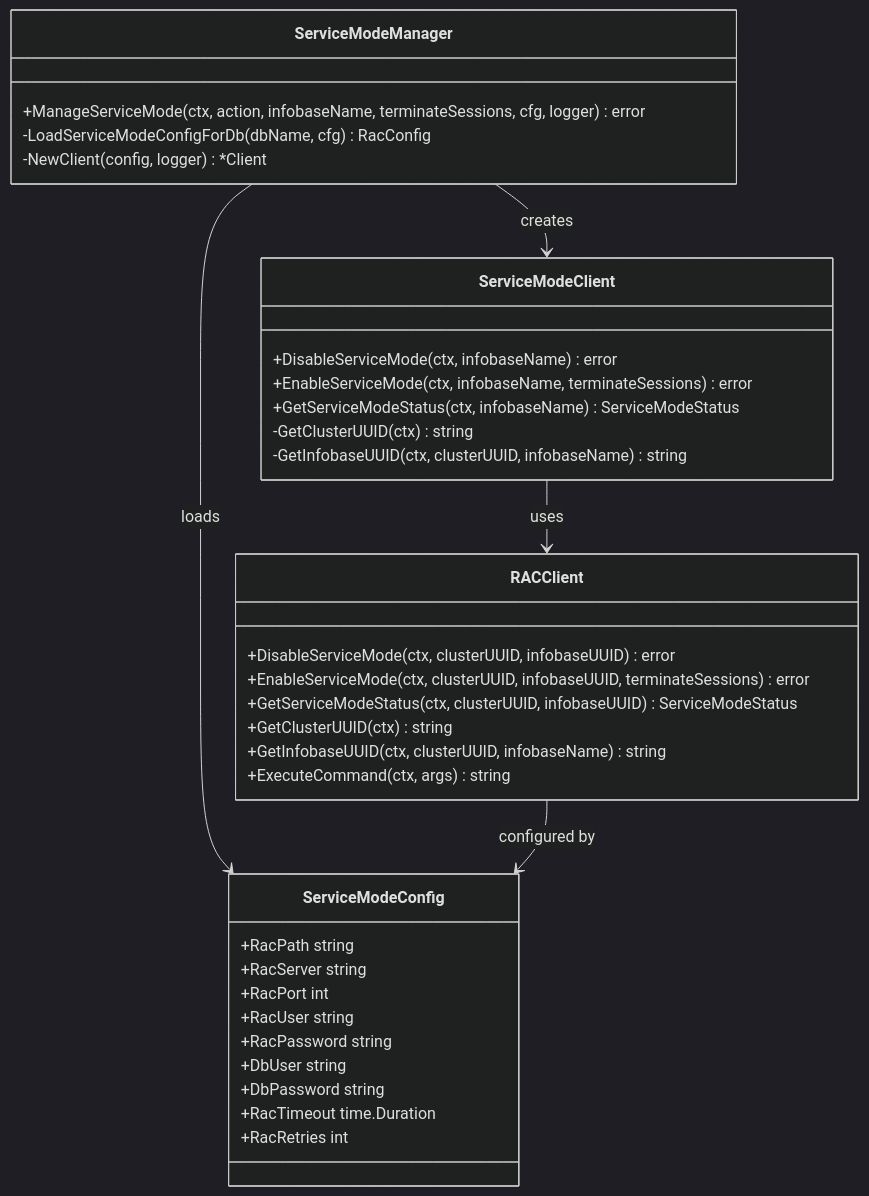
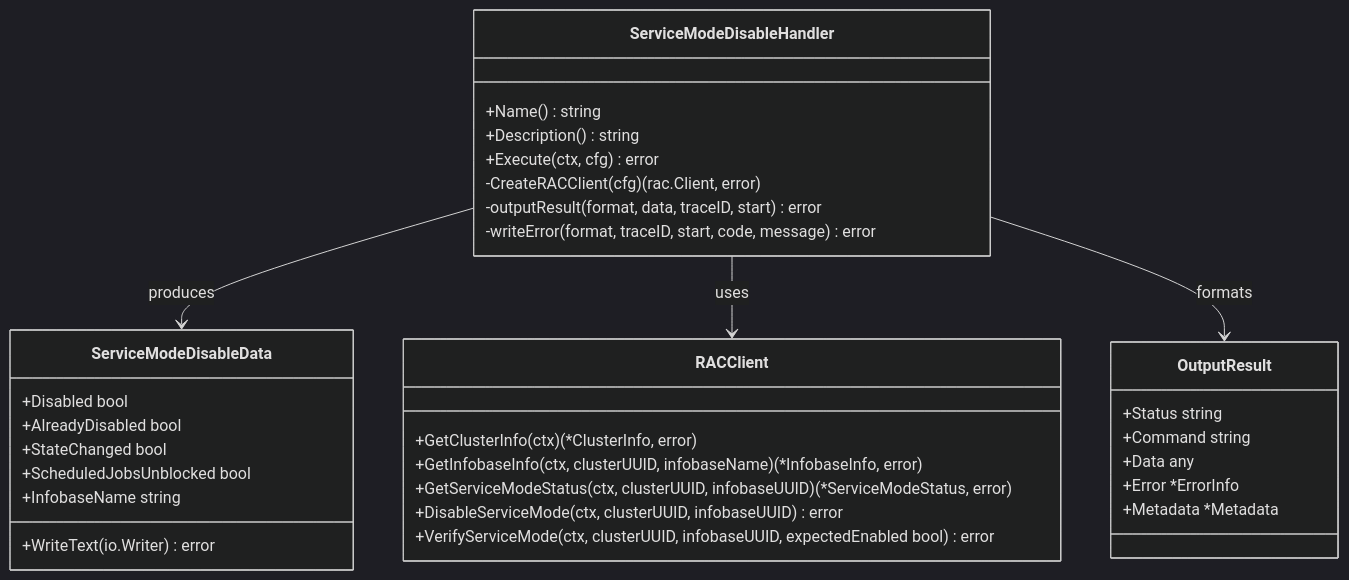
Before and after one commit to Kargones/apk-ci: the second of 3 diagrams in .qoder/repowiki/en/content/Command Reference/Service Mode Commands/Disable Service Mode.md, drawn with Mermaid (dark theme). The commit also changed other lines of this file and 2036 other files, not shown here.

````diff
--- a/.qoder/repowiki/en/content/Command Reference/Service Mode Commands/Disable Service Mode.md
+++ b/.qoder/repowiki/en/content/Command Reference/Service Mode Commands/Disable Service Mode.md
@@ -101,38 +127,36 @@
 ```mermaid
 classDiagram
-class ServiceModeManager {
-+ManageServiceMode(ctx, action, infobaseName, terminateSessions, cfg, logger) error
--LoadServiceModeConfigForDb(dbName, cfg) RacConfig
--NewClient(config, logger) *Client
+class ServiceModeDisableHandler {
++Name() string
++Description() string
++Execute(ctx, cfg) error
+-CreateRACClient(cfg) (rac.Client, error)
+-outputResult(format, data, traceID, start) error
+-writeError(format, traceID, start, code, message) error
 }
-class ServiceModeClient {
-+DisableServiceMode(ctx, infobaseName) error
-+EnableServiceMode(ctx, infobaseName, terminateSessions) error
-+GetServiceModeStatus(ctx, infobaseName) ServiceModeStatus
--GetClusterUUID(ctx) string
--GetInfobaseUUID(ctx, clusterUUID, infobaseName) string
+class ServiceModeDisableData {
++Disabled bool
++AlreadyDisabled bool
++StateChanged bool
++ScheduledJobsUnblocked bool
++InfobaseName string
++WriteText(io.Writer) error
 }
 class RACClient {
++GetClusterInfo(ctx) (*ClusterInfo, error)
++GetInfobaseInfo(ctx, clusterUUID, infobaseName) (*InfobaseInfo, error)
++GetServiceModeStatus(ctx, clusterUUID, infobaseUUID) (*ServiceModeStatus, error)
 +DisableServiceMode(ctx, clusterUUID, infobaseUUID) error
-+EnableServiceMode(ctx, clusterUUID, infobaseUUID, terminateSessions) error
-+GetServiceModeStatus(ctx, clusterUUID, infobaseUUID) ServiceModeStatus
-+GetClusterUUID(ctx) string
-+GetInfobaseUUID(ctx, clusterUUID, infobaseName) string
-+ExecuteCommand(ctx, args) string
++VerifyServiceMode(ctx, clusterUUID, infobaseUUID, expectedEnabled bool) error
 }
-class ServiceModeConfig {
-+RacPath string
-+RacServer string
-+RacPort int
-+RacUser string
-+RacPassword string
-+DbUser string
-+DbPassword string
-+RacTimeout time.Duration
-+RacRetries int
+class OutputResult {
++Status string
++Command string
++Data any
++Error *ErrorInfo
++Metadata *Metadata
 }
-ServiceModeManager --> ServiceModeClient : creates
-ServiceModeClient --> RACClient : uses
-ServiceModeManager --> ServiceModeConfig : loads
-RACClient --> ServiceModeConfig : configured by
+ServiceModeDisableHandler --> ServiceModeDisableData : produces
+ServiceModeDisableHandler --> RACClient : uses
+ServiceModeDisableHandler --> OutputResult : formats
 ```
````
